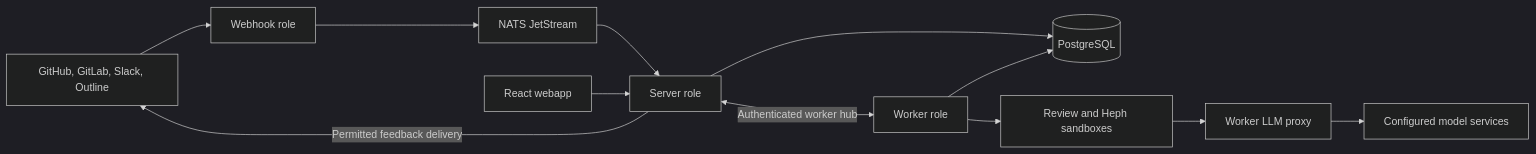
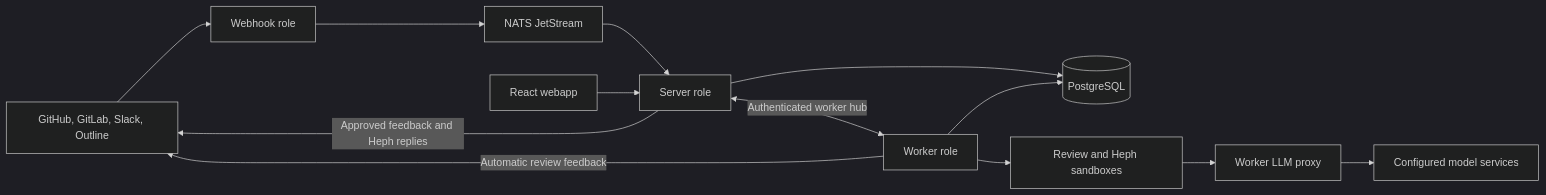
Before and after one commit to hephaestus-build/Hephaestus: the first of 2 diagrams in docs/contributor/system-design.mdx, drawn with Mermaid (dark theme). The commit also changed other lines of this file and 1 other file, not shown here.

Commit message:
docs(docs): show worker admission and feedback delivery

````diff
--- a/docs/contributor/system-design.mdx
+++ b/docs/contributor/system-design.mdx
@@ -10,16 +10,17 @@
 ```mermaid
 flowchart LR
     accTitle: Hephaestus runtime topology
     accDescr: The webapp calls the server. The webhook role verifies provider events and publishes them to NATS. The server consumes events and admits jobs to PostgreSQL. Connected workers execute reviews and Heph in sandboxes.
     Providers[GitHub, GitLab, Slack, Outline] --> Webhook[Webhook role]
     Webhook --> NATS[NATS JetStream]
     NATS --> Server[Server role]
     SPA[React webapp] --> Server
     Server --> DB[(PostgreSQL)]
     Worker[Worker role] --> DB
     Server <-->|Authenticated worker hub| Worker
     Worker --> Sandbox[Review and Heph sandboxes]
     Sandbox --> Proxy[Worker LLM proxy]
     Proxy --> Models[Configured model services]
-    Server -->|Permitted feedback delivery| Providers
+    Worker -->|Automatic review feedback| Providers
+    Server -->|Approved feedback and Heph replies| Providers
 ```
````
